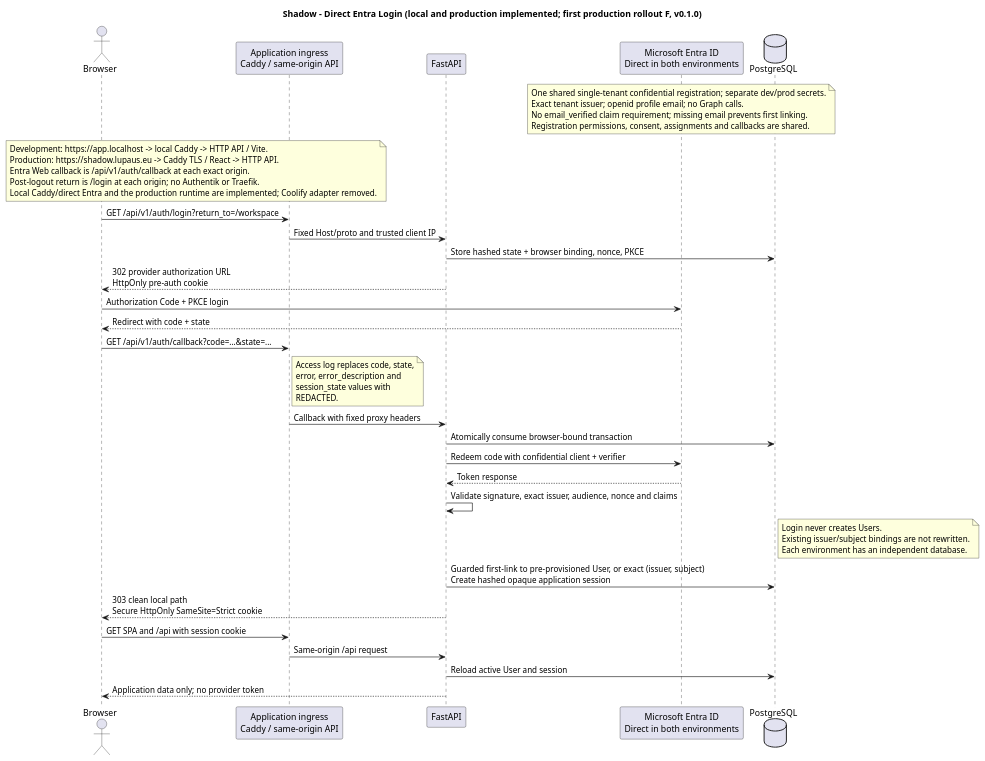
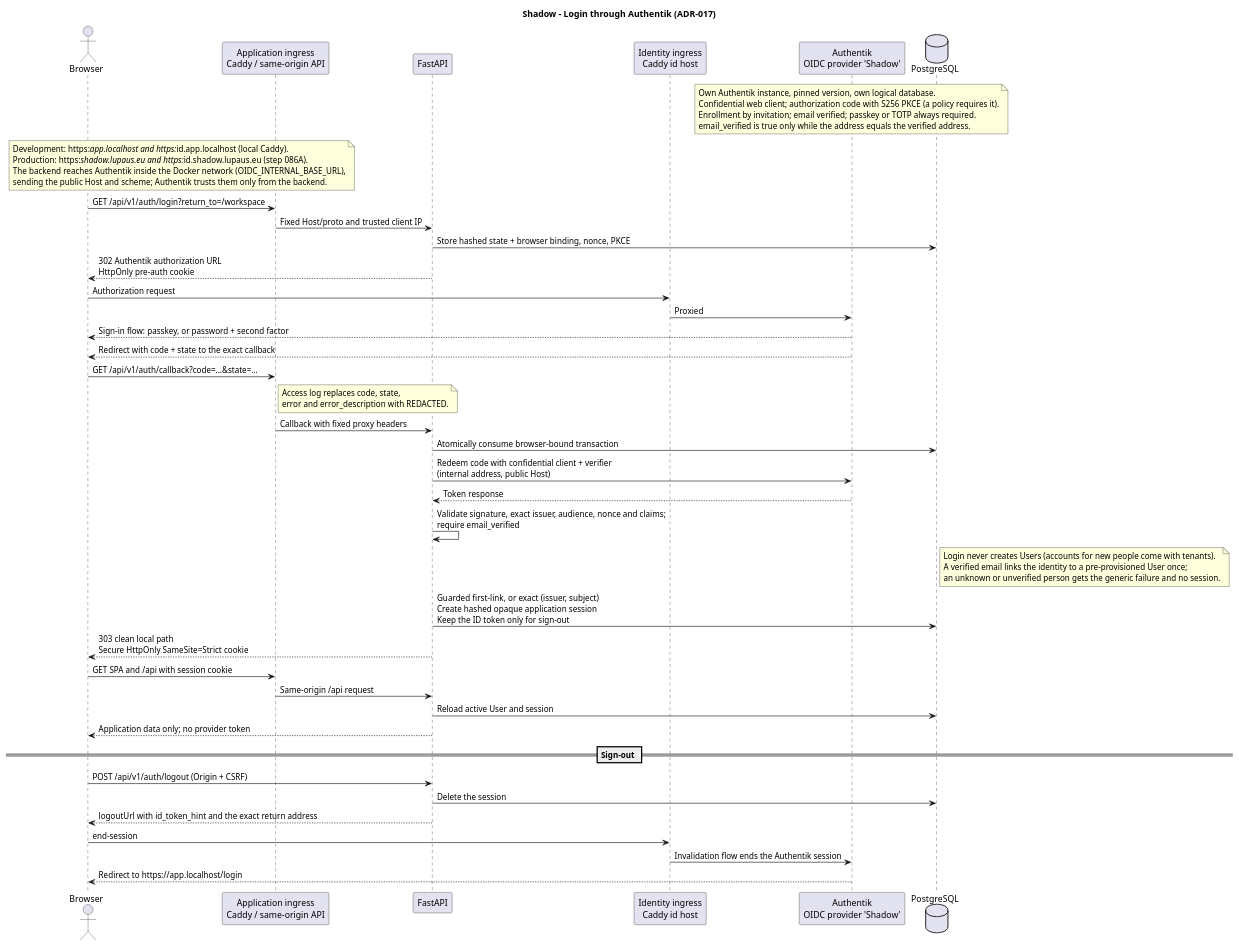
One commit to lupaus-eu/shadow changed the diagram in docs/architecture/diagrams/sequence-oidc-login.puml. Above: the diagram before and after it, drawn with PlantUML. The commit also changed 33 other files, not shown here.

First line of the commit message:
feat: authenticate against Authentik and end both sessions at sign-out (authentik-sign-in 03)

```diff
--- a/docs/architecture/diagrams/sequence-oidc-login.puml
+++ b/docs/architecture/diagrams/sequence-oidc-login.puml
@@ -1,55 +1,63 @@
 @startuml
-title Shadow - Direct Entra Login (local and production implemented; first production rollout F, v0.1.0)
+title Shadow - Login through Authentik (ADR-017)
 
 actor Browser
 participant "Application ingress\nCaddy / same-origin API" as Caddy
 participant "FastAPI" as API
-participant "Microsoft Entra ID\nDirect in both environments" as Provider
+participant "Identity ingress\nCaddy id host" as IdCaddy
+participant "Authentik\nOIDC provider 'Shadow'" as Provider
 database PostgreSQL as DB
 
 note over Provider
-  One shared single-tenant confidential registration; separate dev/prod secrets.
-  Exact tenant issuer; openid profile email; no Graph calls.
-  No email_verified claim requirement; missing email prevents first linking.
-  Registration permissions, consent, assignments and callbacks are shared.
+  Own Authentik instance, pinned version, own logical database.
+  Confidential web client; authorization code with S256 PKCE (a policy requires it).
+  Enrollment by invitation; email verified; passkey or TOTP always required.
+  email_verified is true only while the address equals the verified address.
 end note
 
 note over Browser, Caddy
-  Development: https://app.localhost -> local Caddy -> HTTP API / Vite.
-  Production: https://shadow.lupaus.eu -> Caddy TLS / React -> HTTP API.
-  Entra Web callback is /api/v1/auth/callback at each exact origin.
-  Post-logout return is /login at each origin; no Authentik or Traefik.
-  Local Caddy/direct Entra and the production runtime are implemented; Coolify adapter removed.
+  Development: https://app.localhost and https://id.app.localhost (local Caddy).
+  Production: https://shadow.lupaus.eu and https://id.shadow.lupaus.eu (step 086A).
+  The backend reaches Authentik inside the Docker network (OIDC_INTERNAL_BASE_URL),
+  sending the public Host and scheme; Authentik trusts them only from the backend.
 end note
 
 Browser -> Caddy : GET /api/v1/auth/login?return_to=/workspace
 Caddy -> API : Fixed Host/proto and trusted client IP
 API -> DB : Store hashed state + browser binding, nonce, PKCE
-API --> Browser : 302 provider authorization URL\nHttpOnly pre-auth cookie
-Browser -> Provider : Authorization Code + PKCE login
-Provider --> Browser : Redirect with code + state
+API --> Browser : 302 Authentik authorization URL\nHttpOnly pre-auth cookie
+Browser -> IdCaddy : Authorization request
+IdCaddy -> Provider : Proxied
+Provider --> Browser : Sign-in flow: passkey, or password + second factor
+Provider --> Browser : Redirect with code + state to the exact callback
 Browser -> Caddy : GET /api/v1/auth/callback?code=...&state=...
 note right of Caddy
   Access log replaces code, state,
-  error, error_description and
-  session_state values with
-  REDACTED.
+  error and error_description with REDACTED.
 end note
 Caddy -> API : Callback with fixed proxy headers
 API -> DB : Atomically consume browser-bound transaction
-API -> Provider : Redeem code with confidential client + verifier
+API -> Provider : Redeem code with confidential client + verifier\n(internal address, public Host)
 Provider --> API : Token response
-API -> API : Validate signature, exact issuer, audience, nonce and claims
+API -> API : Validate signature, exact issuer, audience, nonce and claims;\nrequire email_verified
 note right of DB
-  Login never creates Users.
-  Existing issuer/subject bindings are not rewritten.
-  Each environment has an independent database.
+  Login never creates Users (accounts for new people come with tenants).
+  A verified email links the identity to a pre-provisioned User once;
+  an unknown or unverified person gets the generic failure and no session.
 end note
-API -> DB : Guarded first-link to pre-provisioned User, or exact (issuer, subject)\nCreate hashed opaque application session
+API -> DB : Guarded first-link, or exact (issuer, subject)\nCreate hashed opaque application session\nKeep the ID token only for sign-out
 API --> Browser : 303 clean local path\nSecure HttpOnly SameSite=Strict cookie
 Browser -> Caddy : GET SPA and /api with session cookie
 Caddy -> API : Same-origin /api request
 API -> DB : Reload active User and session
 API --> Browser : Application data only; no provider token
 
+== Sign-out ==
+Browser -> API : POST /api/v1/auth/logout (Origin + CSRF)
+API -> DB : Delete the session
+API --> Browser : logoutUrl with id_token_hint and the exact return address
+Browser -> IdCaddy : end-session
+IdCaddy -> Provider : Invalidation flow ends the Authentik session
+Provider --> Browser : Redirect to https://app.localhost/login
+
 @enduml
```
